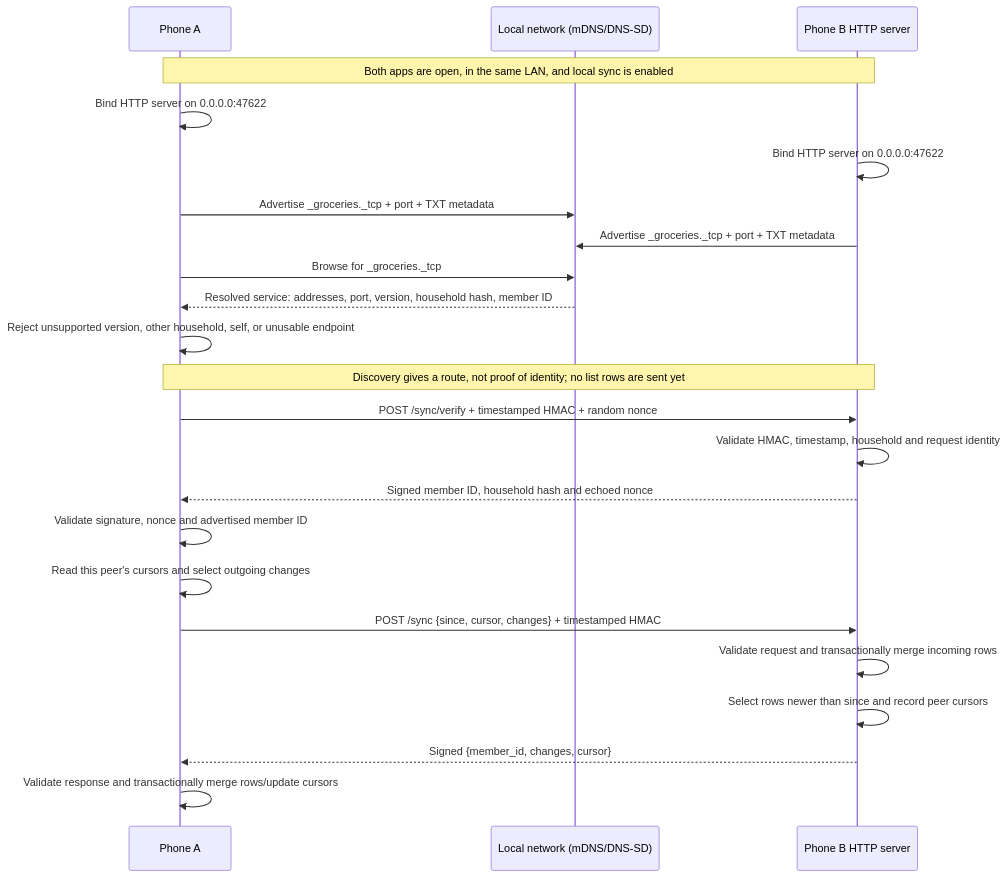
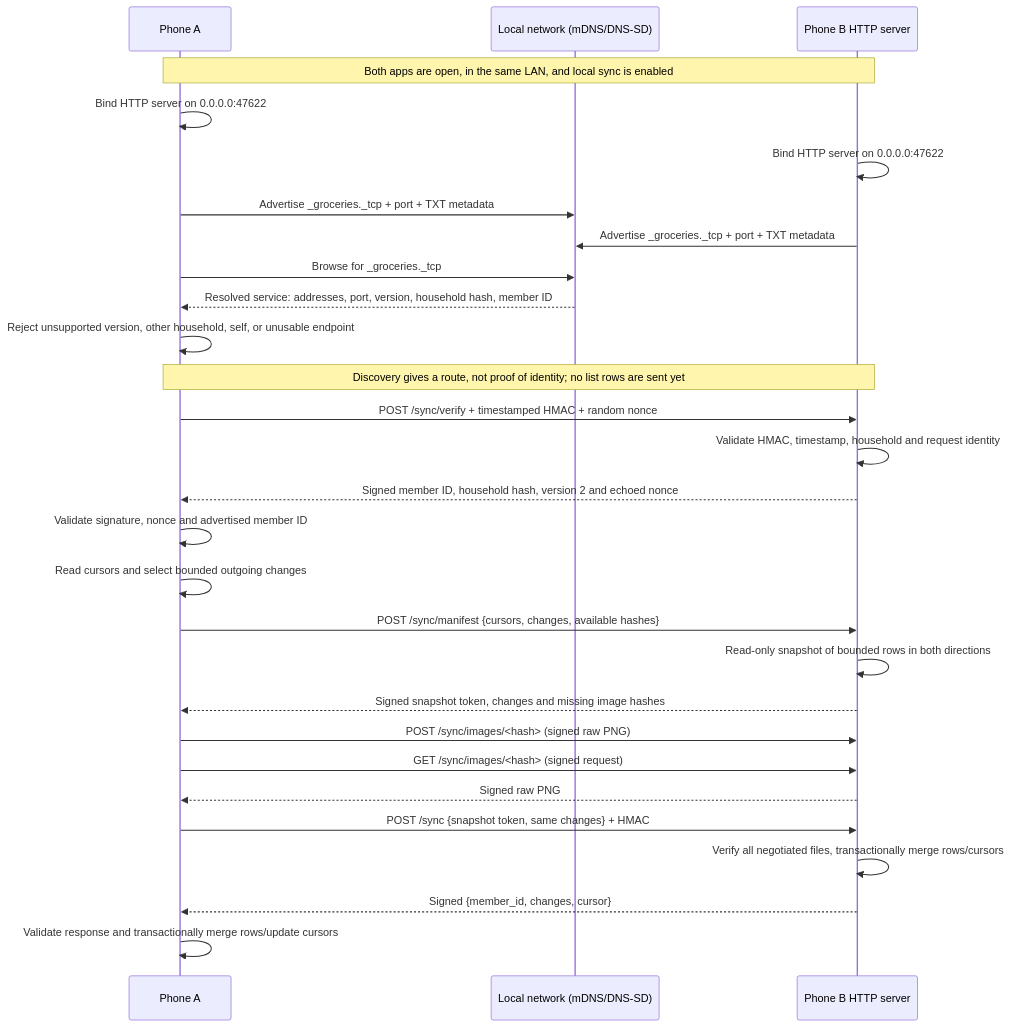
One commit to juancini/NoSeQueHayEnLaHeladera changed the third of 3 diagrams in design.md. Above: the diagram before and after it, drawn with Mermaid. The commit also changed other lines of this file and 23 other files, not shown here.

````diff
--- a/design.md
+++ b/design.md
@@ -184,25 +190,30 @@
 ```mermaid
 sequenceDiagram
   participant A as Phone A
   participant LAN as Local network (mDNS/DNS-SD)
   participant B as Phone B HTTP server
   Note over A,B: Both apps are open, in the same LAN, and local sync is enabled
   A->>A: Bind HTTP server on 0.0.0.0:47622
   B->>B: Bind HTTP server on 0.0.0.0:47622
   A->>LAN: Advertise _groceries._tcp + port + TXT metadata
   B->>LAN: Advertise _groceries._tcp + port + TXT metadata
   A->>LAN: Browse for _groceries._tcp
   LAN-->>A: Resolved service: addresses, port, version, household hash, member ID
   A->>A: Reject unsupported version, other household, self, or unusable endpoint
   Note over A,B: Discovery gives a route, not proof of identity#59; no list rows are sent yet
   A->>B: POST /sync/verify + timestamped HMAC + random nonce
   B->>B: Validate HMAC, timestamp, household and request identity
-  B-->>A: Signed member ID, household hash and echoed nonce
+  B-->>A: Signed member ID, household hash, version 2 and echoed nonce
   A->>A: Validate signature, nonce and advertised member ID
-  A->>A: Read this peer's cursors and select outgoing changes
-  A->>B: POST /sync {since, cursor, changes} + timestamped HMAC
-  B->>B: Validate request and transactionally merge incoming rows
-  B->>B: Select rows newer than since and record peer cursors
+  A->>A: Read cursors and select bounded outgoing changes
+  A->>B: POST /sync/manifest {cursors, changes, available hashes}
+  B->>B: Read-only snapshot of bounded rows in both directions
+  B-->>A: Signed snapshot token, changes and missing image hashes
+  A->>B: POST /sync/images/<hash> (signed raw PNG)
+  A->>B: GET /sync/images/<hash> (signed request)
+  B-->>A: Signed raw PNG
+  A->>B: POST /sync {snapshot token, same changes} + HMAC
+  B->>B: Verify all negotiated files, transactionally merge rows/cursors
   B-->>A: Signed {member_id, changes, cursor}
   A->>A: Validate response and transactionally merge rows/update cursors
 ```
````
